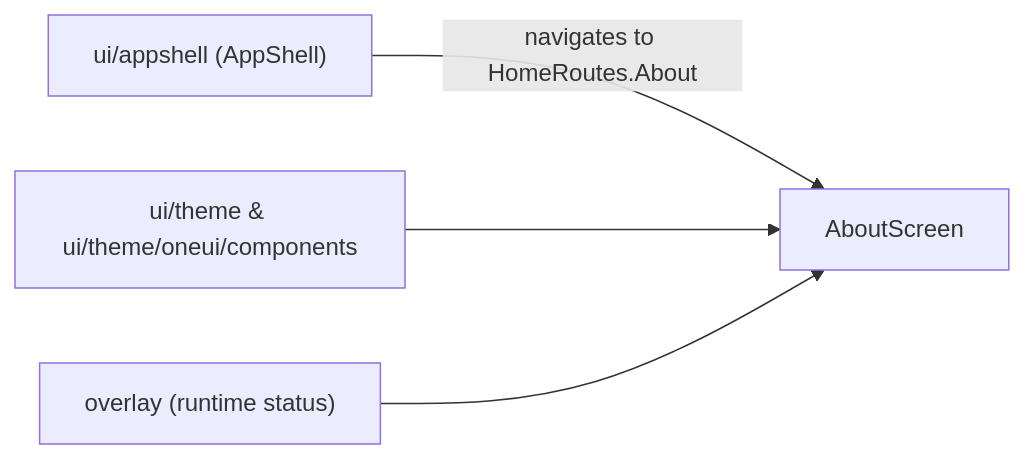
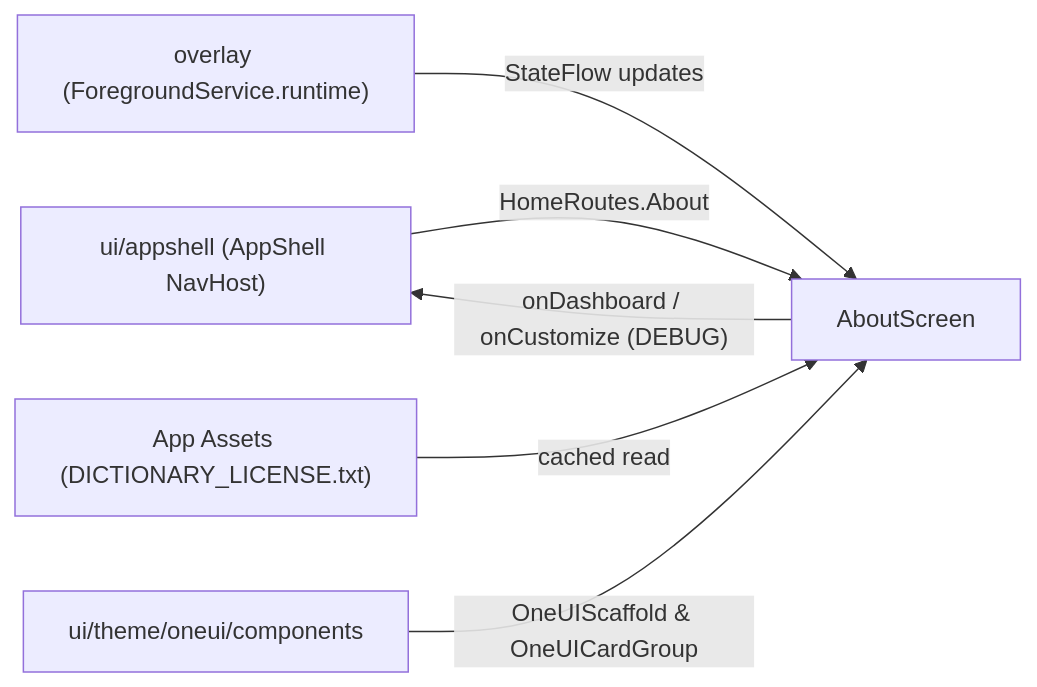
Before and after one commit to tyejaedon/Cover-Screen-OS: the diagram in app/src/main/java/com/tyejaedon/coverscreenos/ui/about/README.md, drawn with Mermaid. The commit also changed other lines of this file and 157 other files, not shown here.

Commit message:
refactor: add documentation and readmes across all app modules and components

````diff
--- a/app/src/main/java/com/tyejaedon/coverscreenos/ui/about/README.md
+++ b/app/src/main/java/com/tyejaedon/coverscreenos/ui/about/README.md
@@ -13,6 +42,8 @@
 ```mermaid
 flowchart LR
-    Shell["ui/appshell (AppShell)"] -->|"navigates to HomeRoutes.About"| About["AboutScreen"]
-    Theme["ui/theme & ui/theme/oneui/components"] --> About
-    Overlay["overlay (runtime status)"] --> About
+    Shell["ui/appshell (AppShell NavHost)"] -->|"HomeRoutes.About"| About["AboutScreen"]
+    About -->|"onDashboard / onCustomize (DEBUG)"| Shell
+    Overlay["overlay (ForegroundService.runtime)"] -->|"StateFlow updates"| About
+    Assets["App Assets (DICTIONARY_LICENSE.txt)"] -->|"cached read"| About
+    Theme["ui/theme/oneui/components"] -->|"OneUIScaffold & OneUICardGroup"| About
 ```
````
